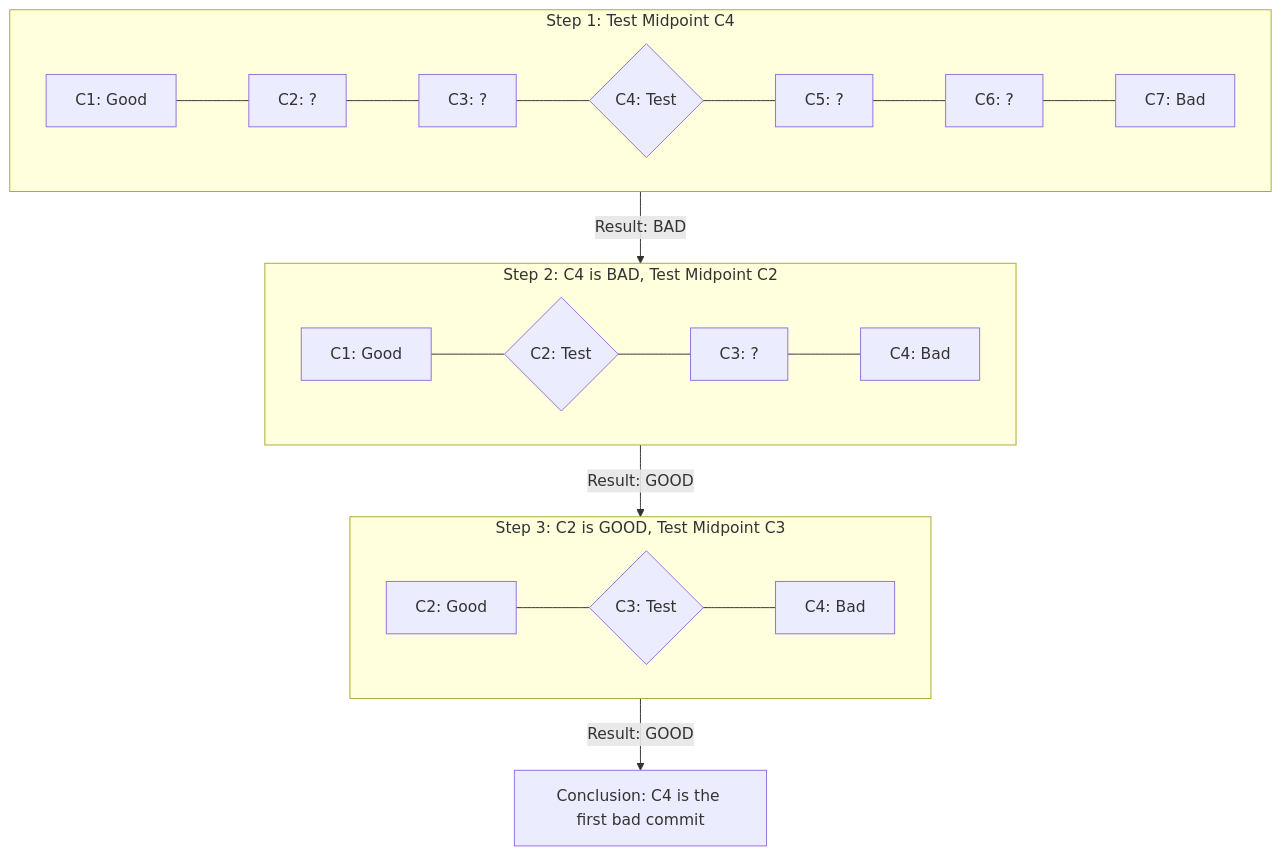
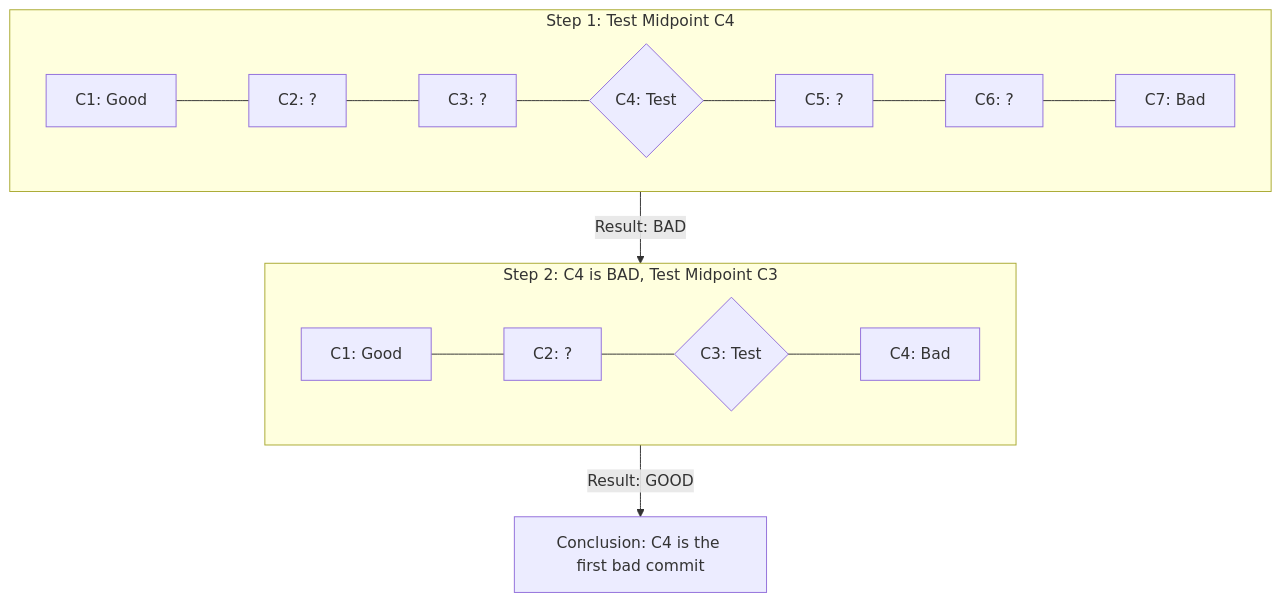
The diagram in src/content/docs/prerequisites/git-deep-dive/module-6-troubleshooting.md (kube-dojo/kube-dojo.github.io), drawn with Mermaid before and after one commit. The commit also changed other lines of this file, not shown here.

````diff
--- a/src/content/docs/prerequisites/git-deep-dive/module-6-troubleshooting.md
+++ b/src/content/docs/prerequisites/git-deep-dive/module-6-troubleshooting.md
@@ -47,21 +47,15 @@
 ```mermaid
 flowchart TD
     subgraph S1 [Step 1: Test Midpoint C4]
         direction LR
         C1[C1: Good] --- C2[C2: ?] --- C3[C3: ?] --- C4{C4: Test} --- C5[C5: ?] --- C6[C6: ?] --- C7[C7: Bad]
     end
 
-    subgraph S2 [Step 2: C4 is BAD, Test Midpoint C2]
+    subgraph S2 [Step 2: C4 is BAD, Test Midpoint C3]
         direction LR
-        C1_2[C1: Good] --- C2_2{C2: Test} --- C3_2[C3: ?] --- C4_2[C4: Bad]
-    end
-
-    subgraph S3 [Step 3: C2 is GOOD, Test Midpoint C3]
-        direction LR
-        C2_3[C2: Good] --- C3_3{C3: Test} --- C4_3[C4: Bad]
+        C1_2[C1: Good] --- C2_2[C2: ?] --- C3_2{C3: Test} --- C4_2[C4: Bad]
     end
     
     S1 -->|Result: BAD| S2
-    S2 -->|Result: GOOD| S3
-    S3 -->|Result: GOOD| R[Conclusion: C4 is the first bad commit]
+    S2 -->|Result: GOOD| R[Conclusion: C4 is the first bad commit]
 ```
````
